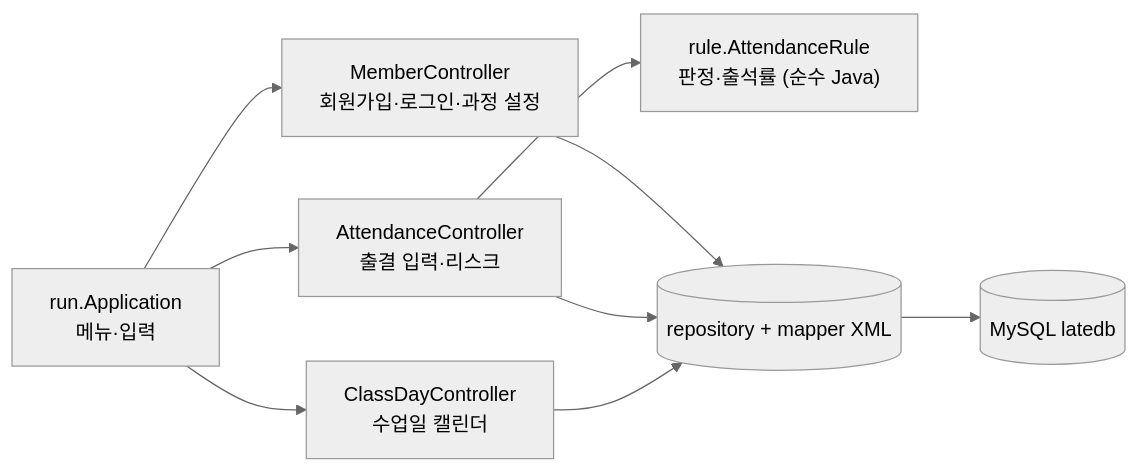
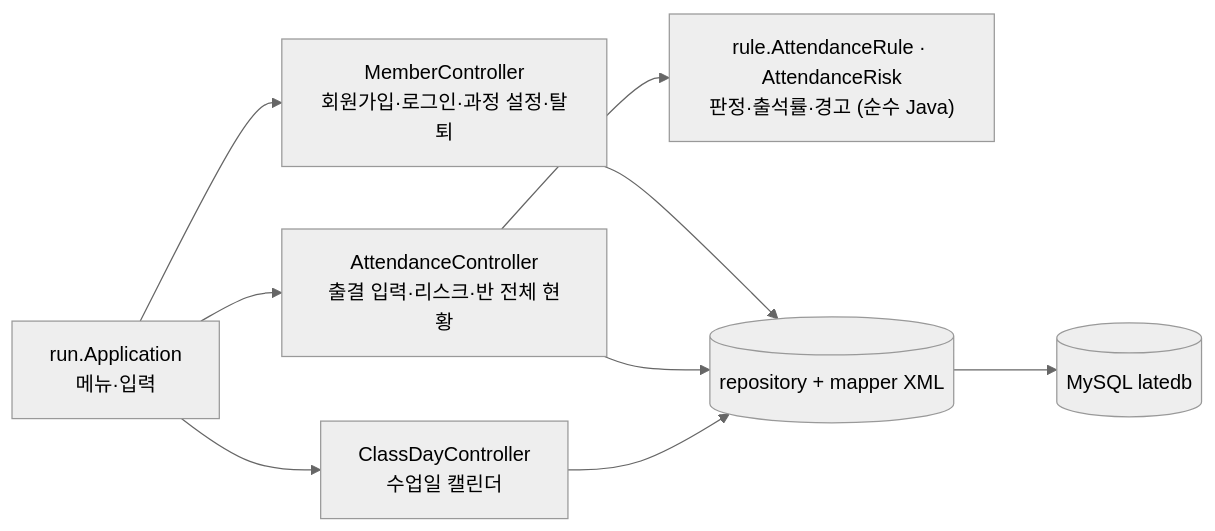
Before and after one commit to 20260921-saltlux-llm-agent-service-2nd/3WHY_java-latecatcher: the first of 2 diagrams in README.md, drawn with Mermaid (neutral theme). The commit also changed other lines of this file and 13 other files, not shown here.

````diff
--- a/README.md
+++ b/README.md
@@ -67,11 +70,11 @@
 ```mermaid
 flowchart LR
-    App["run.Application<br/>메뉴·입력"] --> MC["MemberController<br/>회원가입·로그인·과정 설정"]
-    App --> AC["AttendanceController<br/>출결 입력·리스크"]
+    App["run.Application<br/>메뉴·입력"] --> MC["MemberController<br/>회원가입·로그인·과정 설정·탈퇴"]
+    App --> AC["AttendanceController<br/>출결 입력·리스크·반 전체 현황"]
     App --> CC["ClassDayController<br/>수업일 캘린더"]
-    AC --> Rule["rule.AttendanceRule<br/>판정·출석률 (순수 Java)"]
+    AC --> Rule["rule.AttendanceRule · AttendanceRisk<br/>판정·출석률·경고 (순수 Java)"]
     MC --> Repo[("repository + mapper XML")]
     AC --> Repo
     CC --> Repo
     Repo --> DB[("MySQL latedb")]
 ```
````
